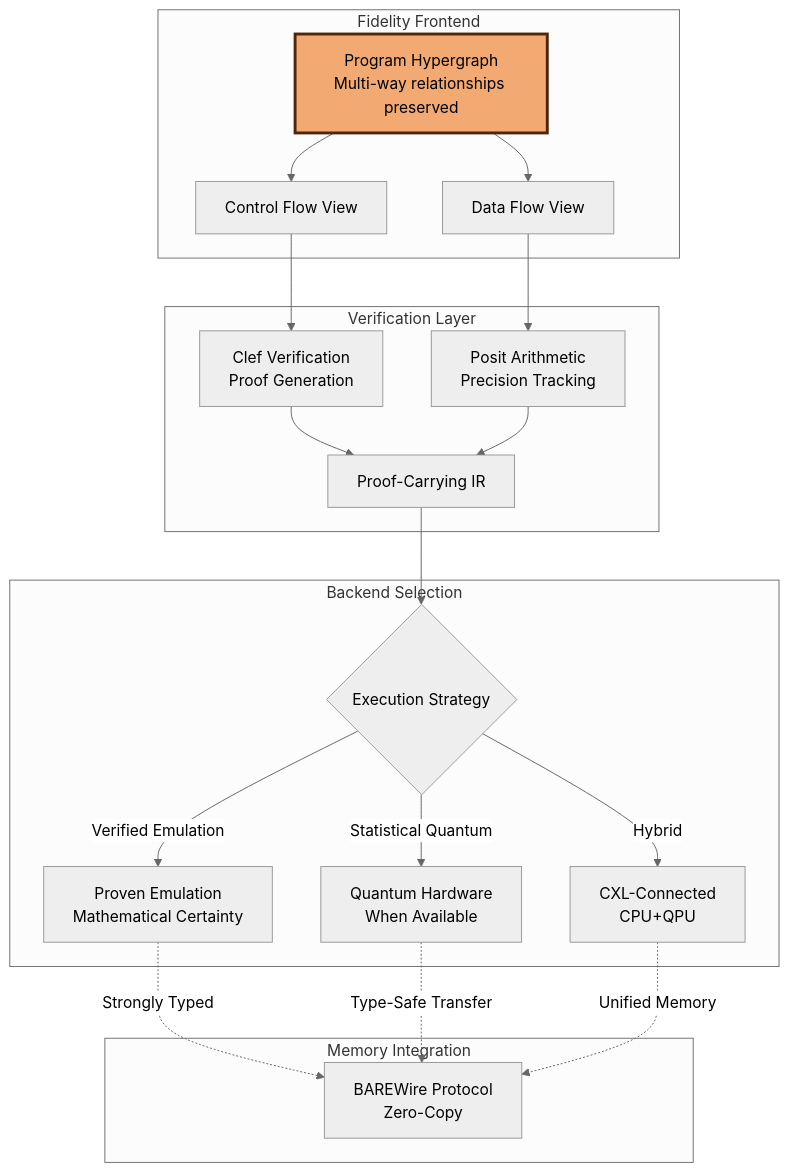
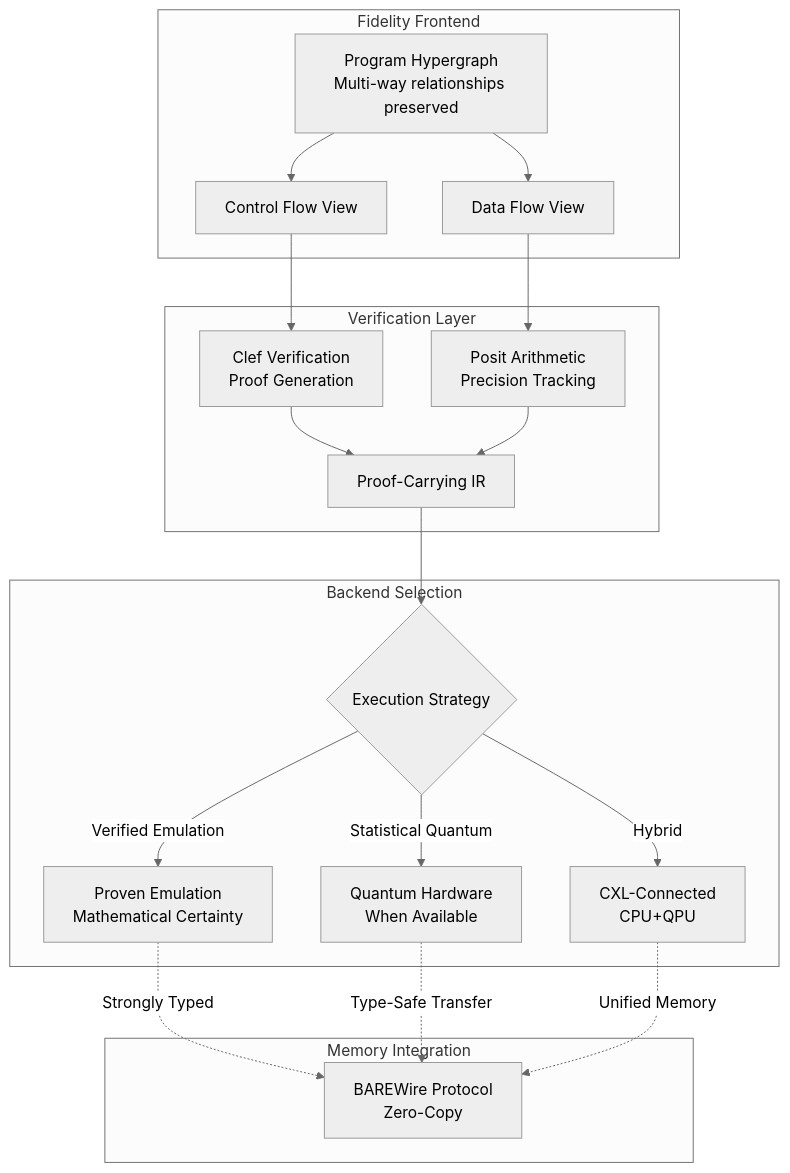
The diagram in hugo/content/blog/quantum-optionality.md (FidelityFramework/clef-lang-site), drawn with Mermaid (neutral theme) before and after one commit. The commit also changed 20 other files, not shown here.

Commit message:
clear formatting of mermaid markup

````diff
--- a/hugo/content/blog/quantum-optionality.md
+++ b/hugo/content/blog/quantum-optionality.md
@@ -134,33 +134,32 @@
 ```mermaid
 flowchart TD
 subgraph "Fidelity Frontend"
 PHG[Program Hypergraph<br/>Multi-way relationships preserved]
 CFG[Control Flow View]
 DFG[Data Flow View]
 PHG --> CFG
 PHG --> DFG
 end
 subgraph "Verification Layer"
     CFG --> CLEF[Clef Verification<br/>Proof Generation]
     DFG --> POSIT[Posit Arithmetic<br/>Precision Tracking]
     CLEF --> PROOF[Proof-Carrying IR]
     POSIT --> PROOF
 end
 
 subgraph "Backend Selection"
     PROOF --> SPLIT{Execution Strategy}
 
     SPLIT -->|Verified Emulation| EMUL[Proven Emulation<br/>Mathematical Certainty]
     SPLIT -->|Statistical Quantum| QHARDWARE[Quantum Hardware<br/>When Available]
     SPLIT -->|Hybrid| MIXED[CXL-Connected<br/>CPU+QPU]
 end
 
 subgraph "Memory Integration"
     BARE[BAREWire Protocol<br/>Zero-Copy]
     EMUL -.->|Strongly Typed| BARE
     QHARDWARE -.->|Type-Safe Transfer| BARE
     MIXED -.->|Unified Memory| BARE
 end
 
-style PHG fill:#f2aa72,stroke:#4f2607,stroke-width:3px
 ```
````
